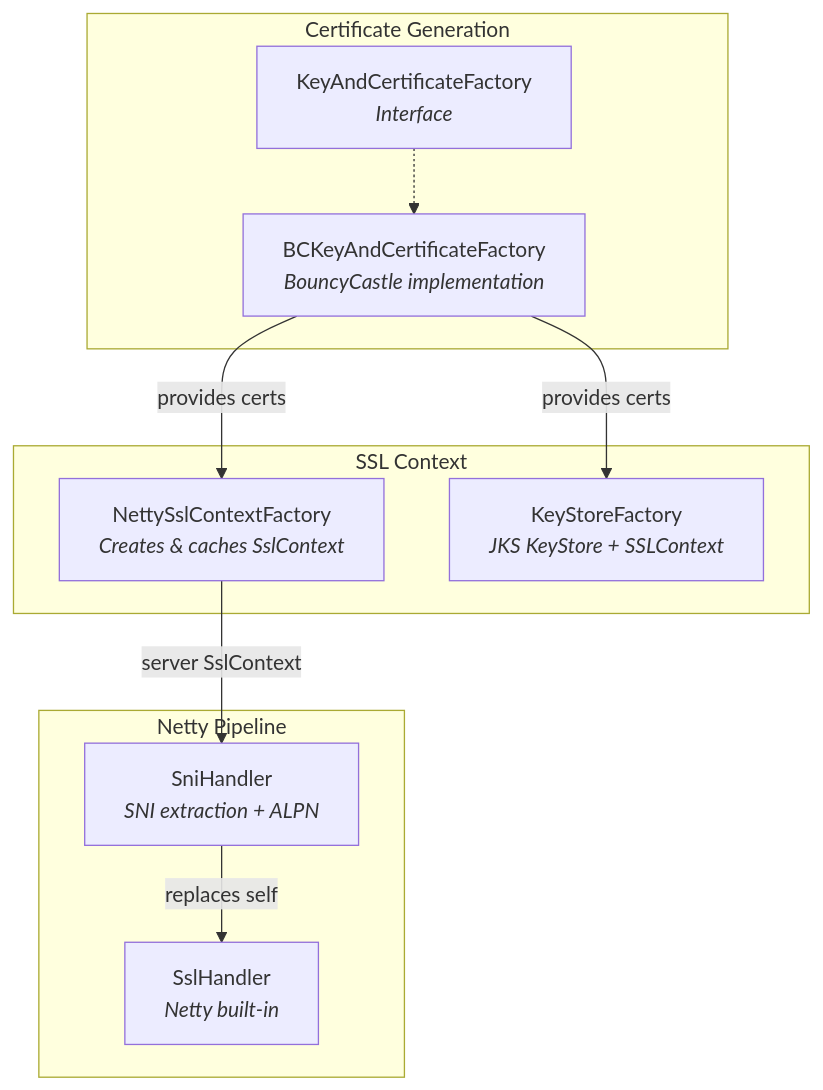
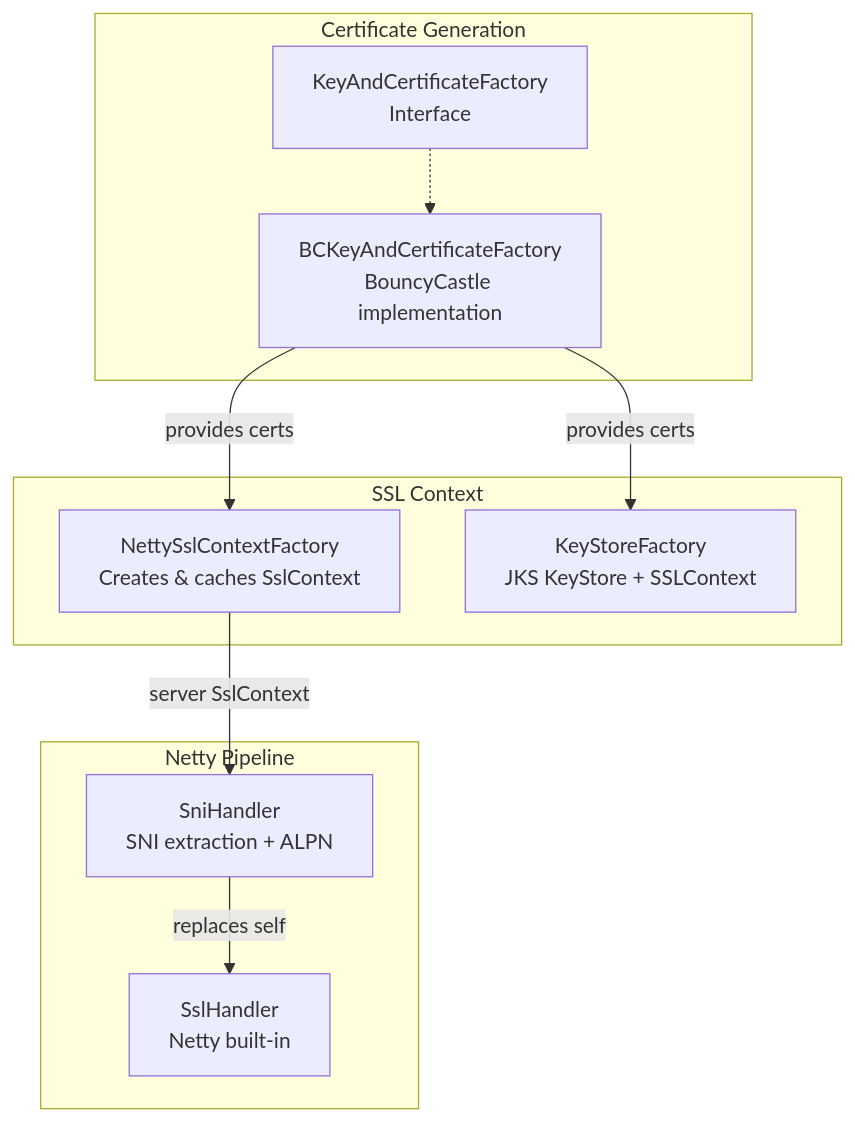
Before and after one commit to mock-server/mockserver: the first of 3 diagrams in docs/code/tls-and-security.md, drawn with Mermaid. The commit also changed other lines of this file and 21 other files, not shown here.

First line of the commit message:
fix(docs): remove HTML tags from Mermaid diagrams to fix GitHub rendering

````diff
--- a/docs/code/tls-and-security.md
+++ b/docs/code/tls-and-security.md
@@ -7,23 +7,29 @@
 ```mermaid
 graph TB
     subgraph "Certificate Generation"
-        KCF[KeyAndCertificateFactory<br/><i>Interface</i>]
-        BCF[BCKeyAndCertificateFactory<br/><i>BouncyCastle implementation</i>]
+        KCF["KeyAndCertificateFactory
+Interface"]
+        BCF["BCKeyAndCertificateFactory
+BouncyCastle implementation"]
         KCF -.-> BCF
     end
 
     subgraph "SSL Context"
-        NSCF[NettySslContextFactory<br/><i>Creates & caches SslContext</i>]
-        KSF[KeyStoreFactory<br/><i>JKS KeyStore + SSLContext</i>]
+        NSCF["NettySslContextFactory
+Creates & caches SslContext"]
+        KSF["KeyStoreFactory
+JKS KeyStore + SSLContext"]
     end
 
     subgraph "Netty Pipeline"
-        SNI[SniHandler<br/><i>SNI extraction + ALPN</i>]
-        SSL[SslHandler<br/><i>Netty built-in</i>]
+        SNI["SniHandler
+SNI extraction + ALPN"]
+        SSL["SslHandler
+Netty built-in"]
     end
 
     BCF -->|provides certs| NSCF
     NSCF -->|server SslContext| SNI
     SNI -->|replaces self| SSL
     BCF -->|provides certs| KSF
 ```
````
